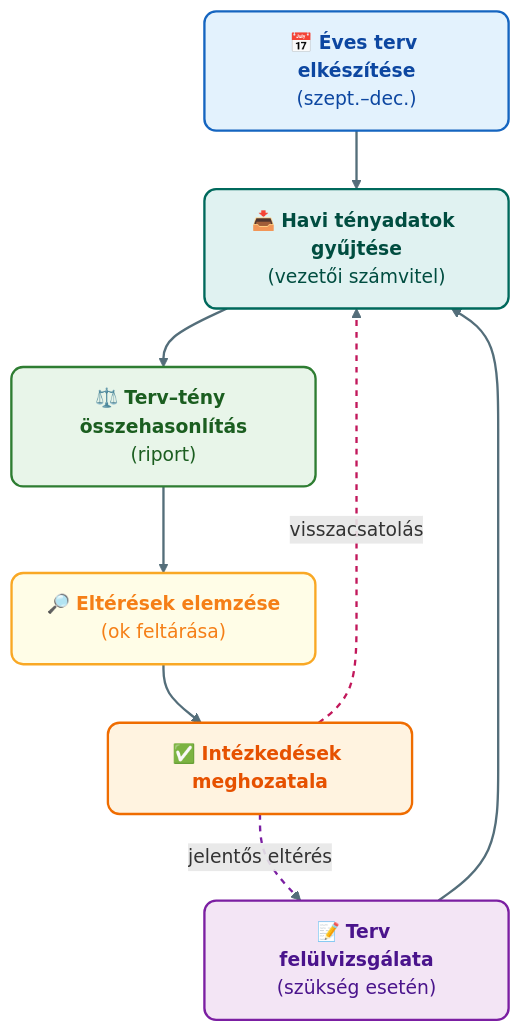
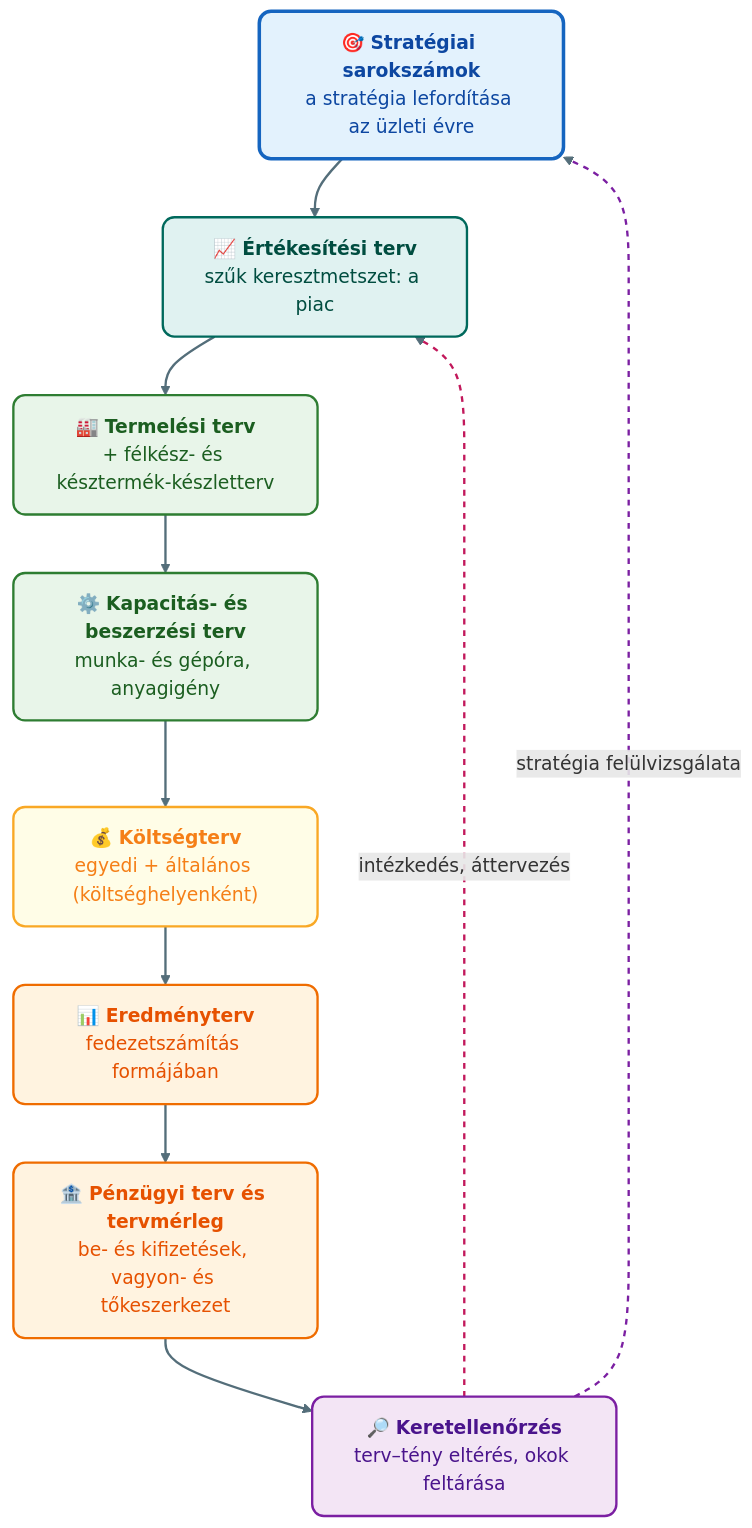
Before and after one commit to denespocsik/MM_BSC_Zarovizsga: the second of 2 diagrams in Tételek/K18-GIXVS2MBLF-Stratégiai és operatív controlling.tétel.md, drawn with Mermaid. The commit also changed other lines of this file, not shown here.

````diff
--- a/Tételek/K18-GIXVS2MBLF-Stratégiai és operatív controlling.tétel.md
+++ b/Tételek/K18-GIXVS2MBLF-Stratégiai és operatív controlling.tétel.md
@@ -52,24 +78,26 @@
 ```mermaid
 flowchart TD
-    A["📅 <b>Éves terv elkészítése</b><br/>(szept.–dec.)"]:::kek
-    B["📥 <b>Havi tényadatok gyűjtése</b><br/>(vezetői számvitel)"]:::turkiz
-    C["⚖️ <b>Terv–tény összehasonlítás</b><br/>(riport)"]:::zold
-    D["🔎 <b>Eltérések elemzése</b><br/>(ok feltárása)"]:::sarga
-    E["✅ <b>Intézkedések meghozatala</b>"]:::narancs
-    F["📝 <b>Terv felülvizsgálata</b><br/>(szükség esetén)"]:::lila
+    S["🎯 <b>Stratégiai sarokszámok</b><br/>a stratégia lefordítása az üzleti évre"]:::kekH
+    V["📈 <b>Értékesítési terv</b><br/>szűk keresztmetszet: a piac"]:::turkiz
+    T["🏭 <b>Termelési terv</b><br/>+ félkész- és késztermék-készletterv"]:::zold
+    K["⚙️ <b>Kapacitás- és beszerzési terv</b><br/>munka- és gépóra, anyagigény"]:::zold
+    C["💰 <b>Költségterv</b><br/>egyedi + általános (költséghelyenként)"]:::sarga
+    E["📊 <b>Eredményterv</b><br/>fedezetszámítás formájában"]:::narancs
+    P["🏦 <b>Pénzügyi terv és tervmérleg</b><br/>be- és kifizetések, vagyon- és tőkeszerkezet"]:::narancs
+    B["🔎 <b>Keretellenőrzés</b><br/>terv–tény eltérés, okok feltárása"]:::lila
 
-    A --> B --> C --> D --> E
-    E -->|"visszacsatolás"| B
-    E -->|"jelentős eltérés"| F --> B
+    S --> V --> T --> K --> C --> E --> P --> B
+    B -->|"intézkedés, áttervezés"| V
+    B -->|"stratégia felülvizsgálata"| S
 
-    classDef kek     fill:#e3f2fd,stroke:#1565c0,stroke-width:2px,color:#0d47a1,rx:10,ry:10;
+    classDef kekH    fill:#e3f2fd,stroke:#1565c0,stroke-width:3px,color:#0d47a1,rx:10,ry:10;
     classDef zold    fill:#e8f5e9,stroke:#2e7d32,stroke-width:2px,color:#1b5e20,rx:10,ry:10;
     classDef narancs fill:#fff3e0,stroke:#ef6c00,stroke-width:2px,color:#e65100,rx:10,ry:10;
     classDef lila    fill:#f3e5f5,stroke:#7b1fa2,stroke-width:2px,color:#4a148c,rx:10,ry:10;
     classDef turkiz  fill:#e0f2f1,stroke:#00695c,stroke-width:2px,color:#004d40,rx:10,ry:10;
     classDef sarga   fill:#fffde7,stroke:#f9a825,stroke-width:2px,color:#f57f17,rx:10,ry:10;
 
     linkStyle default stroke:#546e7a,stroke-width:2px;
-    linkStyle 4 stroke:#c2185b,stroke-width:2px,stroke-dasharray: 5 5;
-    linkStyle 5 stroke:#7b1fa2,stroke-width:2px,stroke-dasharray: 5 5;
+    linkStyle 7 stroke:#c2185b,stroke-width:2px,stroke-dasharray: 5 5;
+    linkStyle 8 stroke:#7b1fa2,stroke-width:2px,stroke-dasharray: 5 5;
 ```
````
